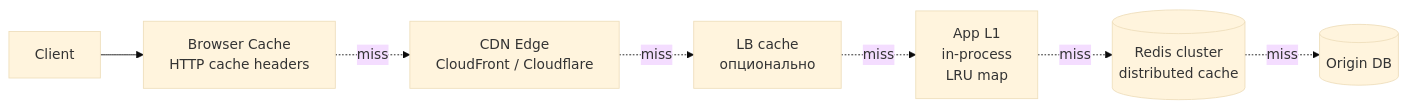
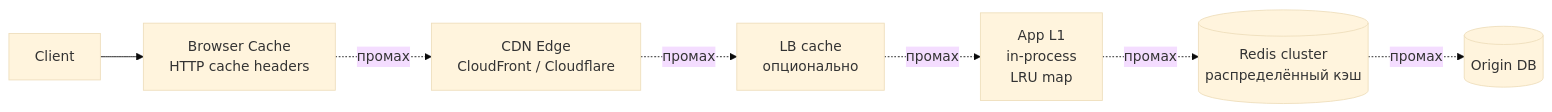
Before and after one commit to fev0ks/LearnGoLang: the second of 6 diagrams in docs/senior-golang-study/05-system-design/highload-design-patterns.md, drawn with Mermaid (base theme). The commit also changed other lines of this file, not shown here.

````diff
--- a/docs/senior-golang-study/05-system-design/highload-design-patterns.md
+++ b/docs/senior-golang-study/05-system-design/highload-design-patterns.md
@@ -358,17 +431,17 @@
 ```mermaid
 flowchart LR
     Client
     Browser[Browser Cache<br/>HTTP cache headers]
     CDN[CDN Edge<br/>CloudFront / Cloudflare]
     LB[LB cache<br/>опционально]
     AppL1[App L1<br/>in-process<br/>LRU map]
-    Redis[(Redis cluster<br/>distributed cache)]
+    Redis[(Redis cluster<br/>распределённый кэш)]
     DB[(Origin DB)]
 
     Client --> Browser
-    Browser -.->|miss| CDN
-    CDN -.->|miss| LB
-    LB -.->|miss| AppL1
-    AppL1 -.->|miss| Redis
-    Redis -.->|miss| DB
+    Browser -.->|промах| CDN
+    CDN -.->|промах| LB
+    LB -.->|промах| AppL1
+    AppL1 -.->|промах| Redis
+    Redis -.->|промах| DB
 ```
````
